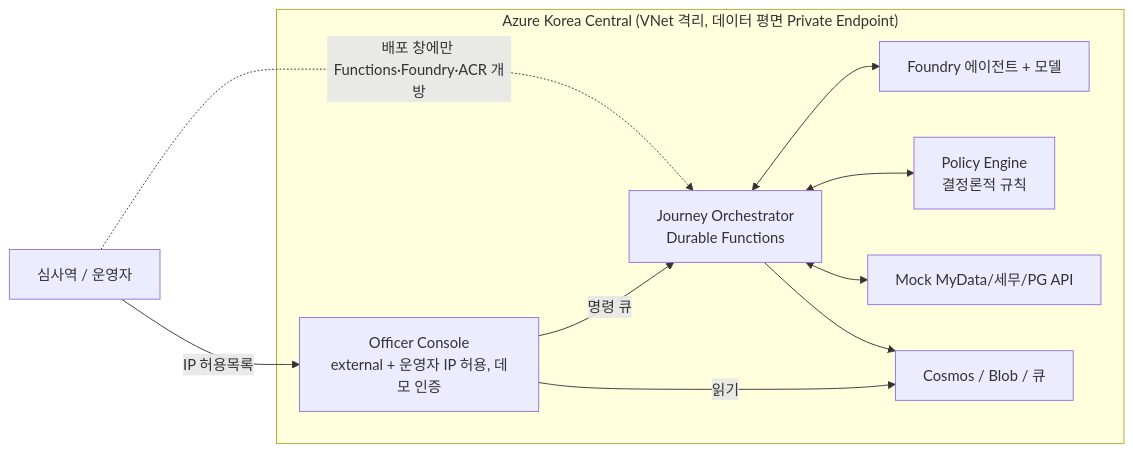
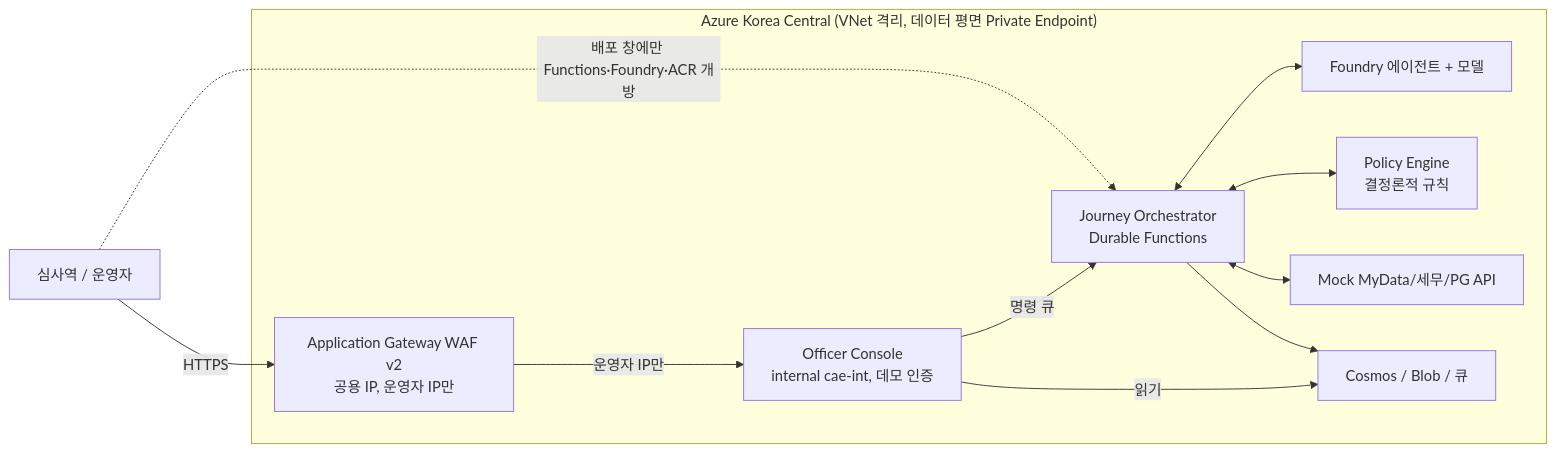
The diagram in README.md (freeman9844/ms-ama-04), drawn with Mermaid before and after one commit. The commit also changed other lines of this file and 15 other files, not shown here.

First line of the commit message:
docs: ADR-011 App Gateway WAF entry; update architecture, threat model, cost, runbooks

````diff
--- a/README.md
+++ b/README.md
@@ -7,20 +7,22 @@
 ```mermaid
 flowchart LR
   officer["심사역 / 운영자"]
   subgraph azure["Azure Korea Central (VNet 격리, 데이터 평면 Private Endpoint)"]
-    console["Officer Console<br/>external + 운영자 IP 허용, 데모 인증"]
+    gw["Application Gateway WAF v2<br/>공용 IP, 운영자 IP만"]
+    console["Officer Console<br/>internal cae-int, 데모 인증"]
     orch["Journey Orchestrator<br/>Durable Functions"]
     foundry["Foundry 에이전트 + 모델"]
     policy["Policy Engine<br/>결정론적 규칙"]
     mock["Mock MyData/세무/PG API"]
     data["Cosmos / Blob / 큐"]
   end
-  officer -->|IP 허용목록| console
+  officer -->|HTTPS| gw
+  gw -->|운영자 IP만| console
   console -->|명령 큐| orch
   console -->|읽기| data
   orch <--> foundry
   orch <--> policy
   orch <--> mock
   orch --> data
   officer -.->|배포 창에만 Functions·Foundry·ACR 개방| orch
 ```
````
